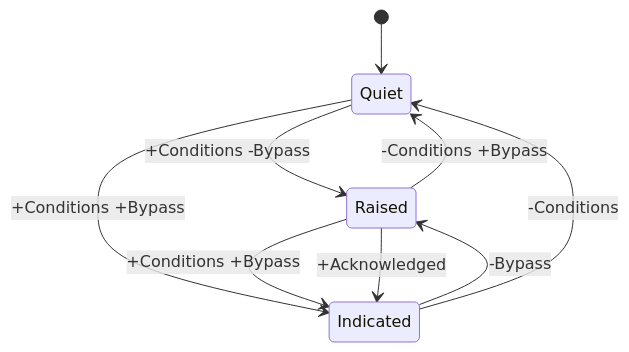
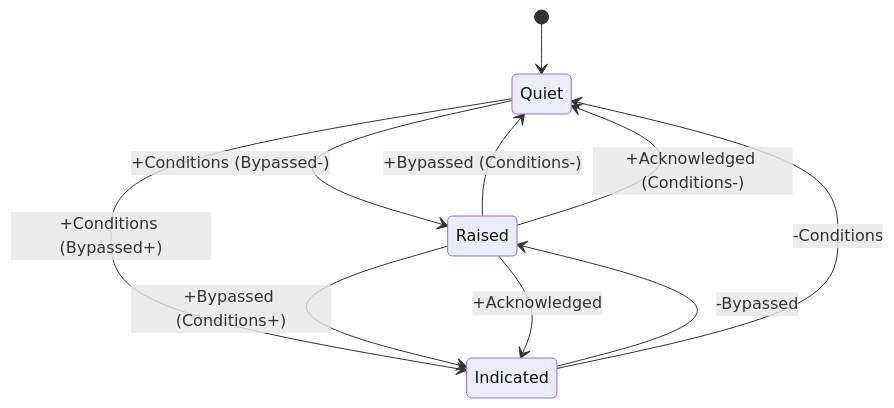
Before and after one commit to fermi-ad/acorn-alarms-service: the diagram in README.md, drawn with Mermaid.

Commit message:
Update state diagram in README.md

````diff
--- a/README.md
+++ b/README.md
@@ -49,11 +49,12 @@
 ```mermaid
 stateDiagram-v2
   [*] --> Quiet
-  Quiet --> Raised: +Conditions -Bypass
-  Quiet --> Indicated: +Conditions +Bypass
-  Raised --> Indicated: +Conditions +Bypass
-  Raised --> Quiet: -Conditions +Bypass
+  Quiet --> Raised: +Conditions (Bypassed-)
+  Quiet --> Indicated: +Conditions (Bypassed+)
+  Raised --> Indicated: +Bypassed (Conditions+)
+  Raised --> Quiet: +Bypassed (Conditions-)
   Raised --> Indicated: +Acknowledged
-  Indicated --> Raised: -Bypass
+  Raised --> Quiet: +Acknowledged (Conditions-)
+  Indicated --> Raised: -Bypassed
   Indicated --> Quiet: -Conditions
 ```
````
